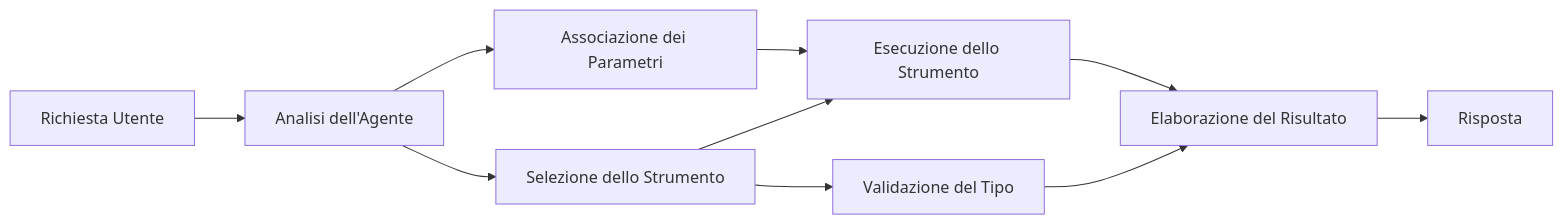
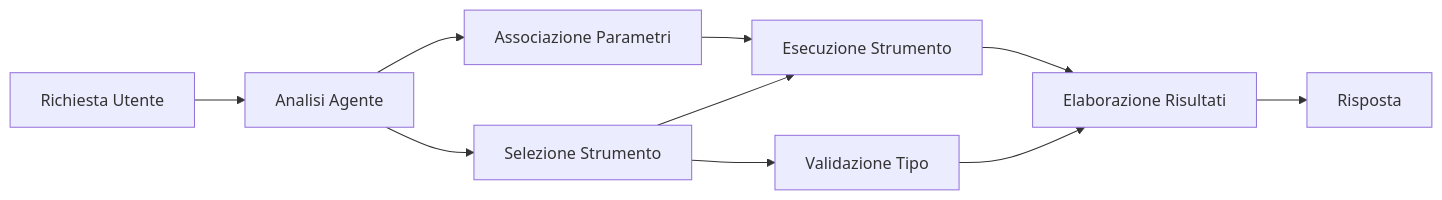
The diagram in translations/it/04-tool-use/code_samples/04-dotnet-agent-framework.md (venturemavenwill/azureaifundamentals), drawn with Mermaid before and after one commit. The commit also changed other lines of this file and 2002 other files, not shown here.

````diff
--- a/translations/it/04-tool-use/code_samples/04-dotnet-agent-framework.md
+++ b/translations/it/04-tool-use/code_samples/04-dotnet-agent-framework.md
@@ -40,12 +40,12 @@
 ```mermaid
 graph LR
-    A[Richiesta Utente] --> B[Analisi dell'Agente]
-    B --> C[Selezione dello Strumento]
-    C --> D[Validazione del Tipo]
-    B --> E[Associazione dei Parametri]
-    E --> F[Esecuzione dello Strumento]
+    A[Richiesta Utente] --> B[Analisi Agente]
+    B --> C[Selezione Strumento]
+    C --> D[Validazione Tipo]
+    B --> E[Associazione Parametri]
+    E --> F[Esecuzione Strumento]
     C --> F
-    F --> G[Elaborazione del Risultato]
+    F --> G[Elaborazione Risultati]
     D --> G
     G --> H[Risposta]
 ```
````
